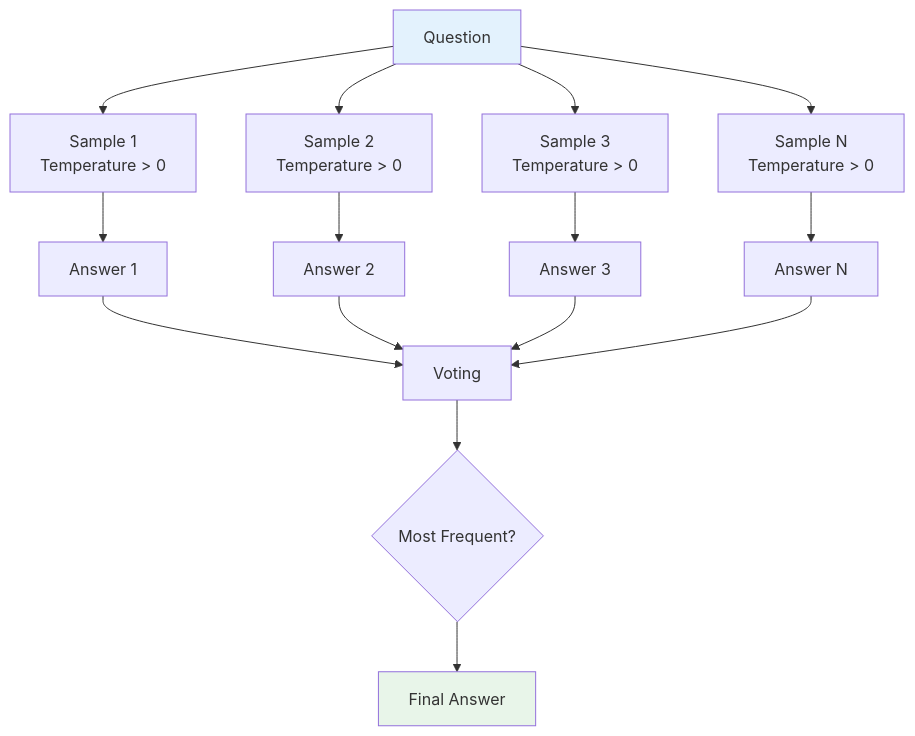
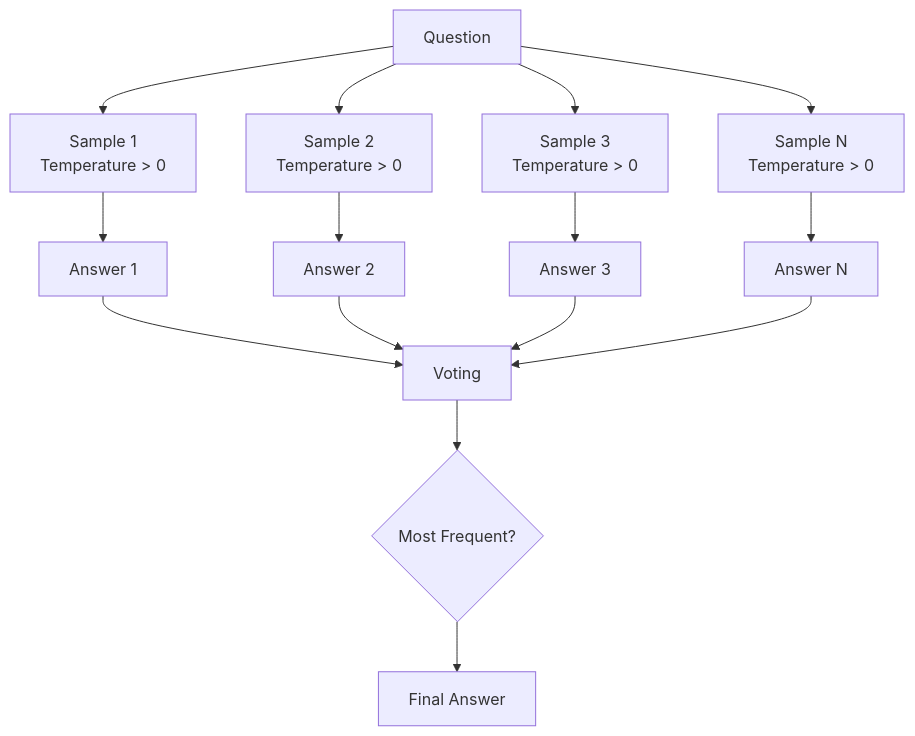
One commit to yuexiaoliang/prompt-engineering-learning changed the third of 5 diagrams in 03-reasoning-en.md. Above: the diagram before and after it, drawn with Mermaid. The commit also changed other lines of this file and 3 other files, not shown here.

First line of the commit message:
fix(prompt-engineering): remove remaining hardcoded mermaid fill styles

````diff
--- a/03-reasoning-en.md
+++ b/03-reasoning-en.md
@@ -279,23 +274,21 @@
 ```mermaid
 flowchart TD
     A[Question] --> B[Sample 1<br/>Temperature > 0]
     A --> C[Sample 2<br/>Temperature > 0]
     A --> D[Sample 3<br/>Temperature > 0]
     A --> E[Sample N<br/>Temperature > 0]
 
     B --> F[Answer 1]
     C --> G[Answer 2]
     D --> H[Answer 3]
     E --> I[Answer N]
 
     F --> J[Voting]
     G --> J
     H --> J
     I --> J
 
     J --> K{Most Frequent?}
     K --> L[Final Answer]
 
-    style A fill:#e3f2fd
-    style L fill:#e8f5e9
 ```
````
